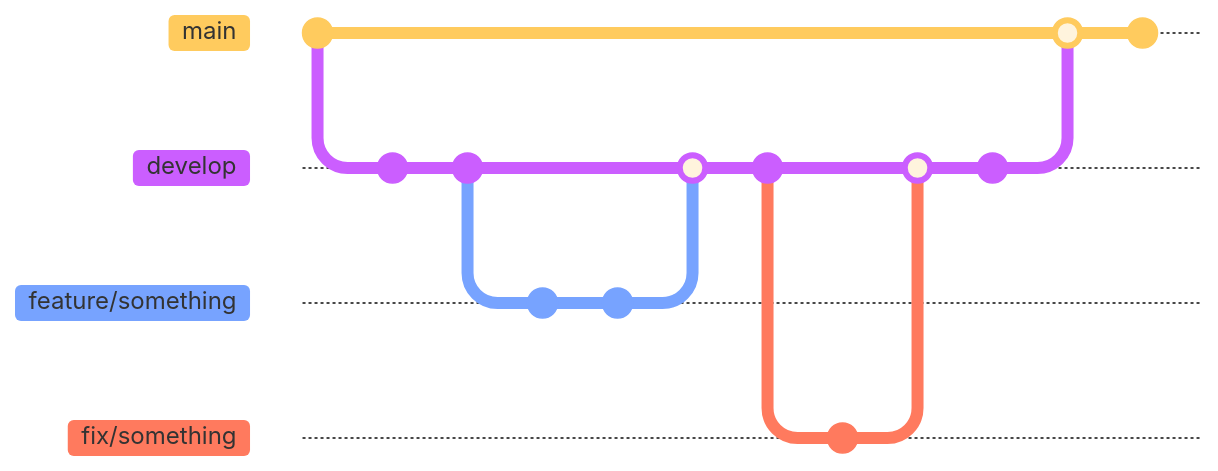
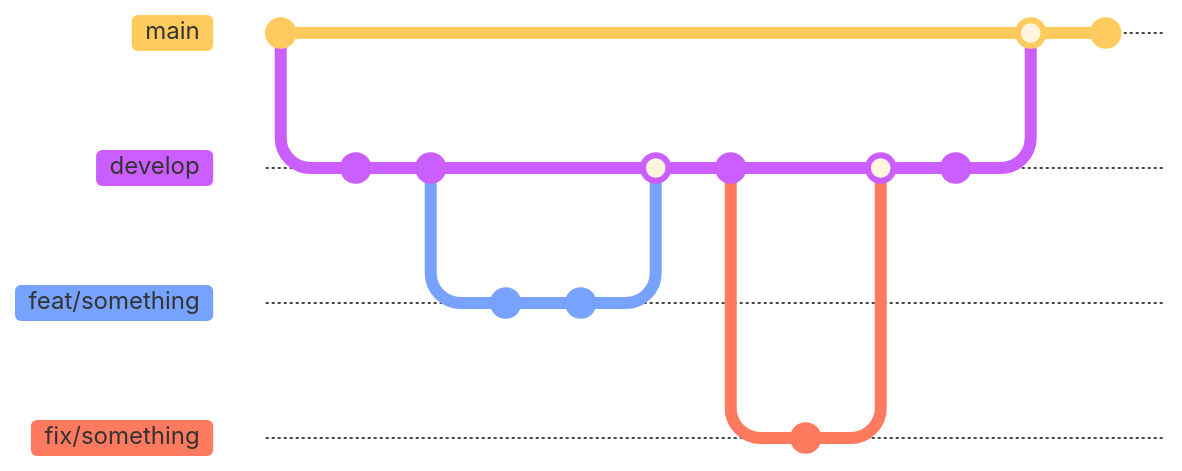
One commit to alsacreations/kiwipedia changed the diagram in guidelines/git.md. Above: the diagram before and after it, drawn with Mermaid. The commit also changed other lines of this file, not shown here. Commit ids are hidden.

Commit message:
docs(git): met à jour la convention de nommage

````diff
--- a/guidelines/git.md
+++ b/guidelines/git.md
@@ -39,25 +39,25 @@
 ```mermaid
 %%{init: { 'logLevel': 'debug', 'theme': 'base', 'gitGraph': {'showCommitLabel': false}} }%%
 gitGraph
    commit
    branch develop
    checkout develop
    commit
    commit
-   branch feature/something
-   checkout feature/something
+   branch feat/something
+   checkout feat/something
    commit
    commit
    checkout develop
-   merge feature/something
+   merge feat/something
    commit
    branch fix/something
    checkout fix/something
    commit
    checkout develop
    merge fix/something
    commit
    checkout main
    merge develop
    commit
 ```
````
